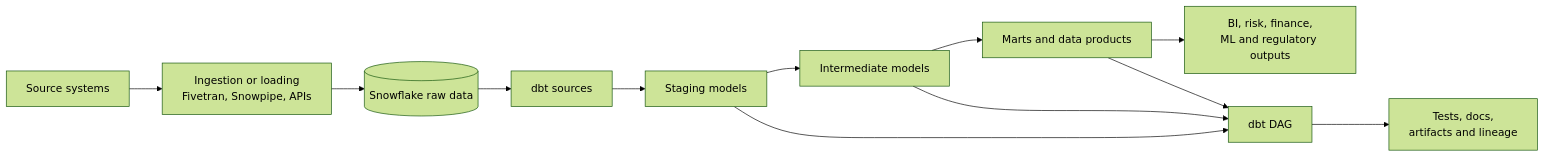
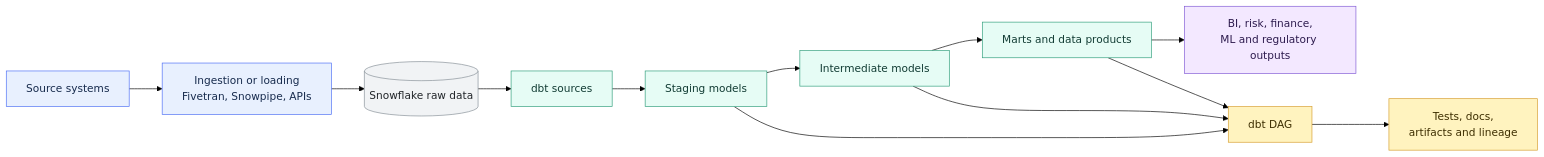
One commit to shonningsoy/Upskill changed the diagram in 02 dbt/01 Core Concepts and Project Structure/01 What dbt Is and Is Not.md. Above: the diagram before and after it, drawn with Mermaid (forest theme). The commit also changed other lines of this file and 10 other files, not shown here.

````diff
--- a/02 dbt/01 Core Concepts and Project Structure/01 What dbt Is and Is Not.md
+++ b/02 dbt/01 Core Concepts and Project Structure/01 What dbt Is and Is Not.md
@@ -72,15 +73,27 @@
 ```mermaid
 flowchart LR
     SRC[Source systems] --> ING[Ingestion or loading<br/>Fivetran, Snowpipe, APIs]
     ING --> RAW[(Snowflake raw data)]
     RAW --> SOURCES[dbt sources]
     SOURCES --> STG[Staging models]
     STG --> INT[Intermediate models]
     INT --> MARTS[Marts and data products]
     MARTS --> CONSUMERS[BI, risk, finance,<br/>ML and regulatory outputs]
 
     STG --> DAG[dbt DAG]
     INT --> DAG
     MARTS --> DAG
     DAG --> TESTS[Tests, docs,<br/>artifacts and lineage]
+
+    classDef input fill:#E8F0FE,stroke:#4C6EF5,color:#172B4D
+    classDef control fill:#FFF3BF,stroke:#D69E2E,color:#3D2E00
+    classDef dbt fill:#E6FCF5,stroke:#2F9E7B,color:#123C34
+    classDef platform fill:#F1F3F5,stroke:#868E96,color:#212529
+    classDef output fill:#F3E8FF,stroke:#805AD5,color:#2D1B4E
+
+    class SRC,ING input
+    class RAW platform
+    class SOURCES,STG,INT,MARTS dbt
+    class CONSUMERS output
+    class DAG,TESTS control
 ```
````
